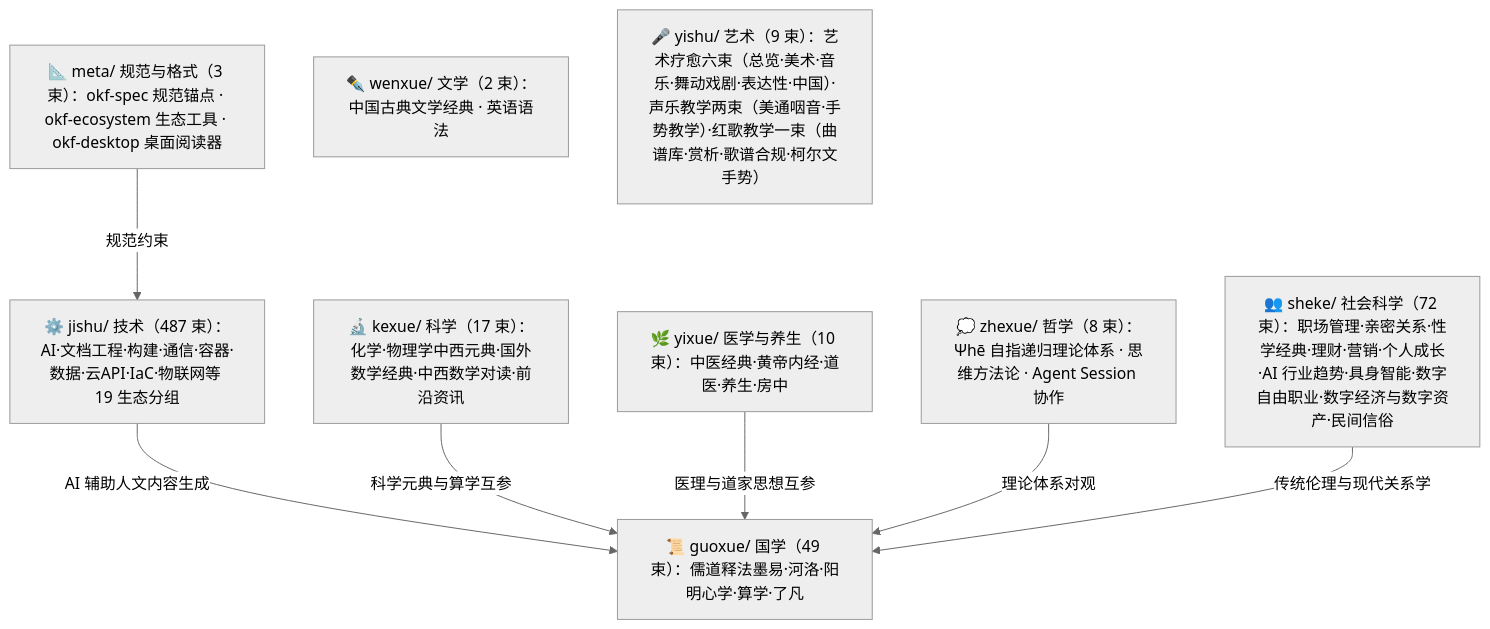
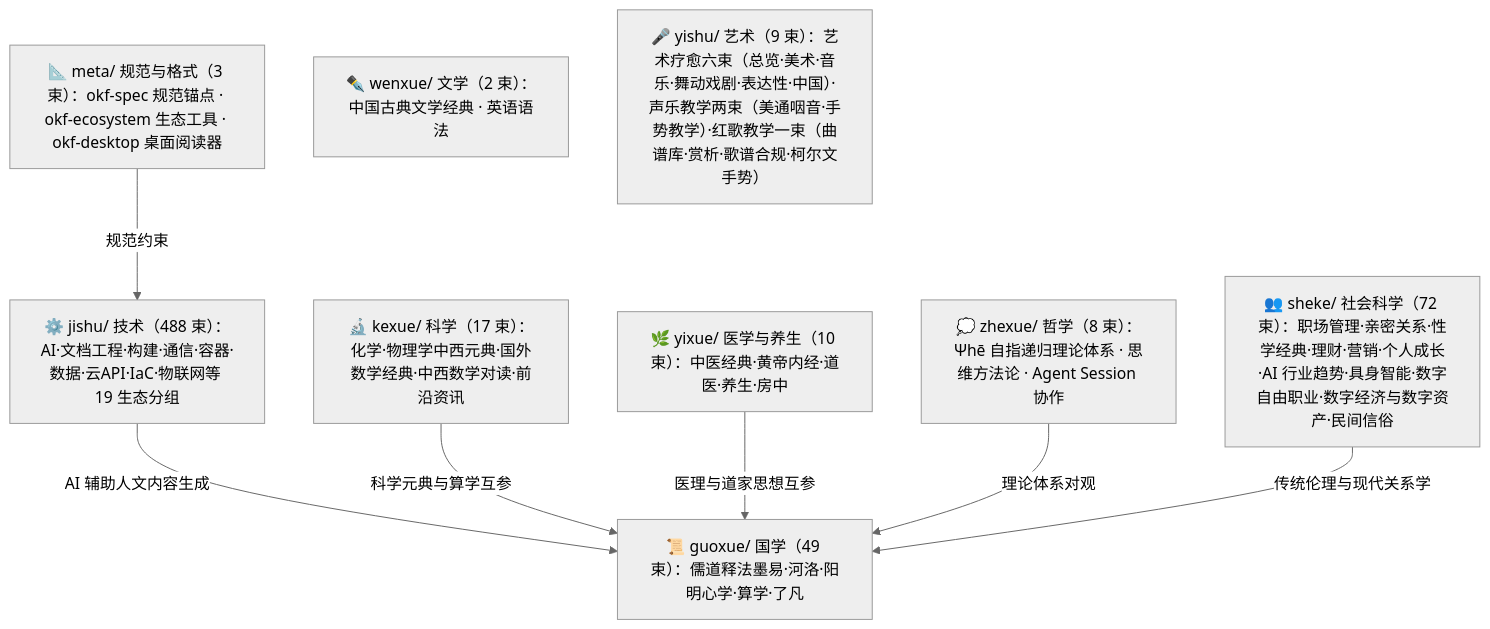
One commit to awesome-flexloop/awesome-okf changed the diagram in doc/bundles/index.md. Above: the diagram before and after it, drawn with Mermaid (neutral theme). The commit also changed other lines of this file and 12 other files, not shown here.

````diff
--- a/doc/bundles/index.md
+++ b/doc/bundles/index.md
@@ -21,18 +21,18 @@
 ```mermaid
 flowchart TD
     meta["📐 meta/ 规范与格式（3 束）：okf-spec 规范锚点 · okf-ecosystem 生态工具 · okf-desktop 桌面阅读器"]
     guoxue["📜 guoxue/ 国学（49 束）：儒道释法墨易·河洛·阳明心学·算学·了凡"]
     zhexue["💭 zhexue/ 哲学（8 束）：Ψhē 自指递归理论体系 · 思维方法论 · Agent Session 协作"]
     kexue["🔬 kexue/ 科学（17 束）：化学·物理学中西元典·国外数学经典·中西数学对读·前沿资讯"]
     wenxue["✒️ wenxue/ 文学（2 束）：中国古典文学经典 · 英语语法"]
     yixue["🌿 yixue/ 医学与养生（10 束）：中医经典·黄帝内经·道医·养生·房中"]
     sheke["👥 sheke/ 社会科学（72 束）：职场管理·亲密关系·性学经典·理财·营销·个人成长·AI 行业趋势·具身智能·数字自由职业·数字经济与数字资产·民间信俗"]
     yishu["🎤 yishu/ 艺术（9 束）：艺术疗愈六束（总览·美术·音乐·舞动戏剧·表达性·中国）·声乐教学两束（美通咽音·手势教学）·红歌教学一束（曲谱库·赏析·歌谱合规·柯尔文手势）"]
-    jishu["⚙️ jishu/ 技术（487 束）：AI·文档工程·构建·通信·容器·数据·云API·IaC·物联网等 19 生态分组"]
+    jishu["⚙️ jishu/ 技术（488 束）：AI·文档工程·构建·通信·容器·数据·云API·IaC·物联网等 19 生态分组"]
     meta -->|"规范约束"| jishu
     jishu -->|"AI 辅助人文内容生成"| guoxue
     kexue -->|"科学元典与算学互参"| guoxue
     yixue -->|"医理与道家思想互参"| guoxue
     zhexue -->|"理论体系对观"| guoxue
     sheke -->|"传统伦理与现代关系学"| guoxue
 ```
````
